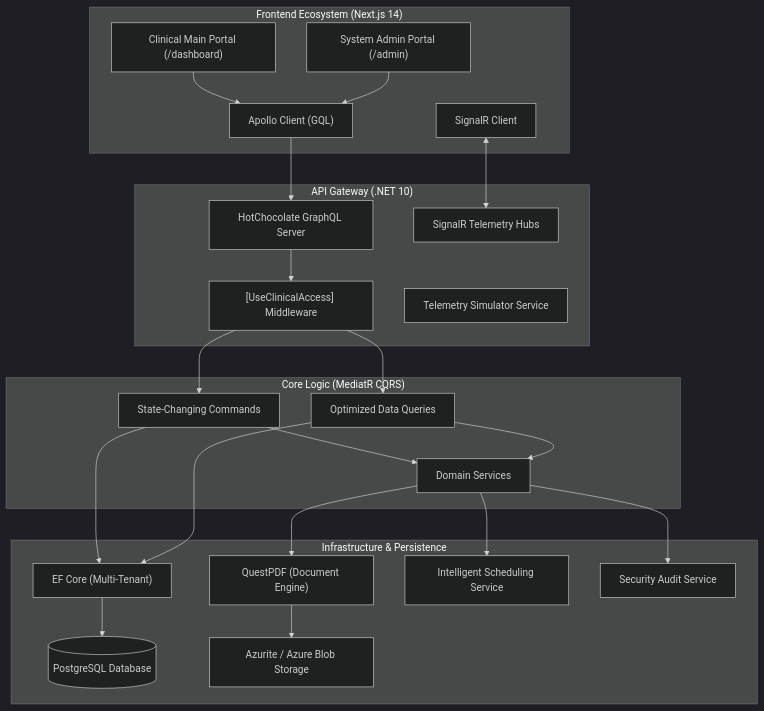
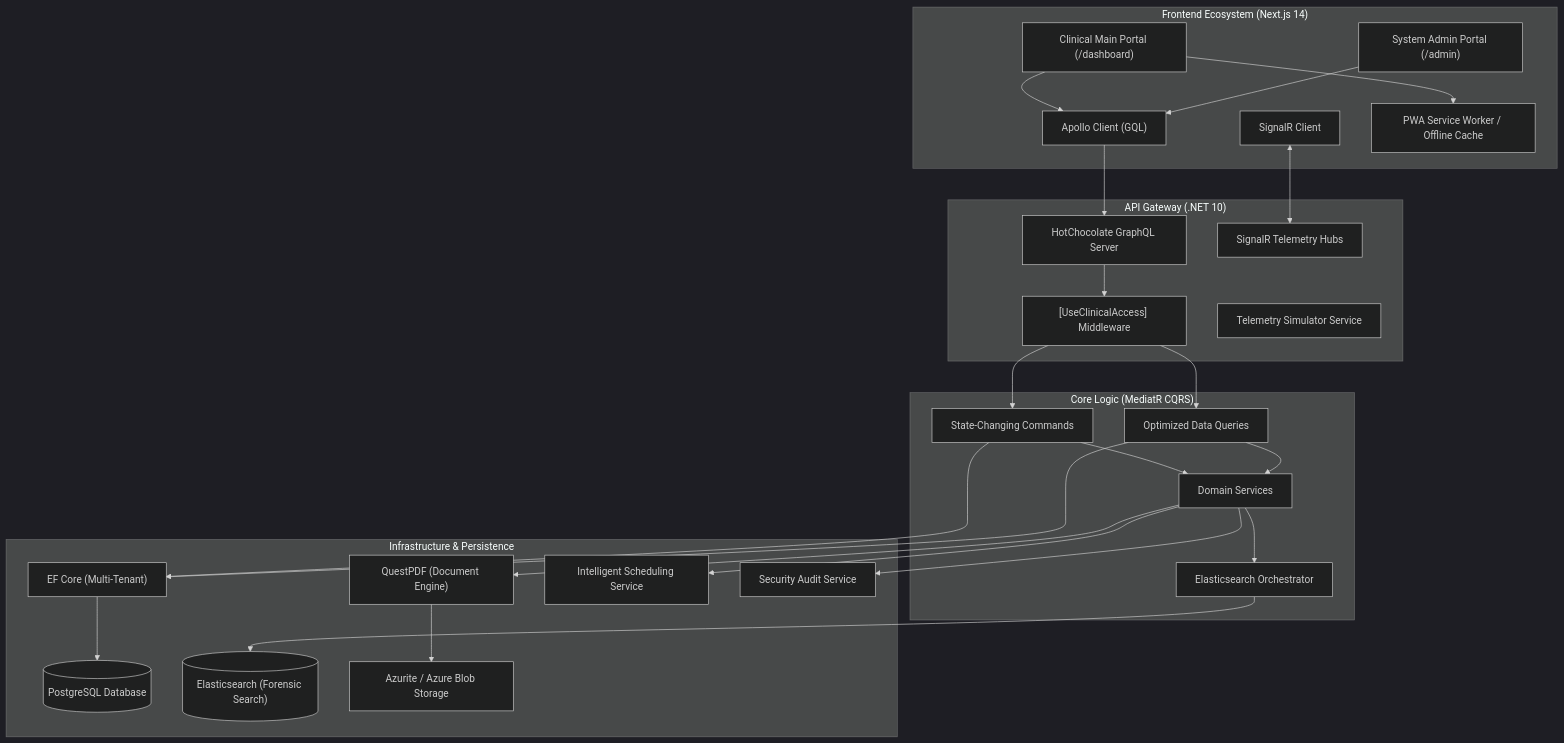
Before and after one commit to ewceniza9009/emr: the diagram in README.md, drawn with Mermaid (dark theme). The commit also changed other lines of this file and 10 other files, not shown here.

````diff
--- a/README.md
+++ b/README.md
@@ -19,45 +19,51 @@
 ```mermaid
 flowchart TD
     subgraph ClientLayer ["Frontend Ecosystem (Next.js 14)"]
         MainPortal["Clinical Main Portal (/dashboard)"]
         AdminPortal["System Admin Portal (/admin)"]
         Apollo["Apollo Client (GQL)"]
         SignalR_C["SignalR Client"]
+        PWA["PWA Service Worker / Offline Cache"]
     end
 
     subgraph ApiLayer ["API Gateway (.NET 10)"]
         GQL["HotChocolate GraphQL Server"]
         Hubs["SignalR Telemetry Hubs"]
         Security["[UseClinicalAccess] Middleware"]
         Sim["Telemetry Simulator Service"]
     end
 
     subgraph ApplicationLayer ["Core Logic (MediatR CQRS)"]
         Commands["State-Changing Commands"]
         Queries["Optimized Data Queries"]
         Services["Domain Services"]
+        Search["Elasticsearch Orchestrator"]
     end
 
     subgraph InfrastructureLayer ["Infrastructure & Persistence"]
         EF["EF Core (Multi-Tenant)"]
         Postgres[("PostgreSQL Database")]
+        Elastic[("Elasticsearch (Forensic Search)")]
         Blob["Azurite / Azure Blob Storage"]
         QuestPDF["QuestPDF (Document Engine)"]
         Scheduler["Intelligent Scheduling Service"]
         Audit["Security Audit Service"]
     end
 
     MainPortal --> Apollo
     AdminPortal --> Apollo
     Apollo --> GQL
     SignalR_C <--> Hubs
     GQL --> Security
     Security --> Commands & Queries
     Commands & Queries --> EF
     Commands & Queries --> Services
     Services --> QuestPDF
     Services --> Scheduler
     Services --> Audit
+    Services --> Search
     EF --> Postgres
+    Search --> Elastic
     QuestPDF --> Blob
+    MainPortal --> PWA
 ```
````
